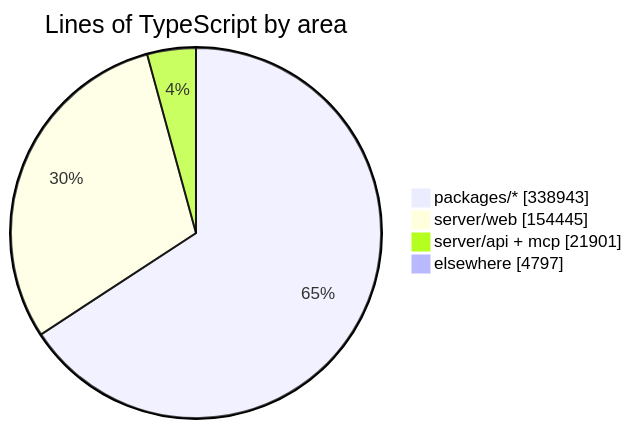
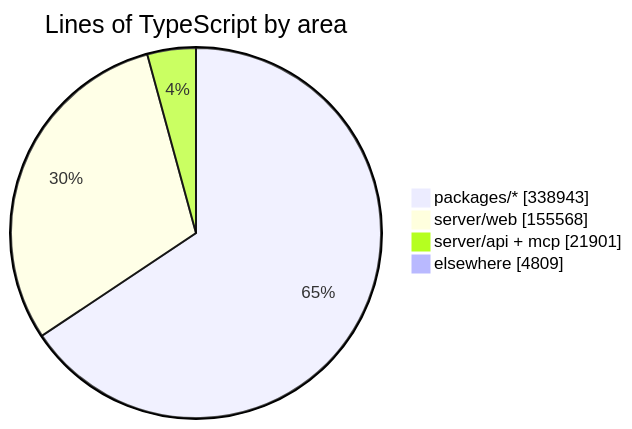
One commit to crossworks-engineering/mantle changed the diagram in README.md. Above: the diagram before and after it, drawn with Mermaid. The commit also changed other lines of this file and 2 other files, not shown here.

````diff
--- a/README.md
+++ b/README.md
@@ -294,7 +294,7 @@
 ```mermaid
 pie showData title Lines of TypeScript by area
     "packages/*" : 338943
-    "server/web" : 154445
+    "server/web" : 155568
     "server/api + mcp" : 21901
-    "elsewhere" : 4797
+    "elsewhere" : 4809
 ```
````
